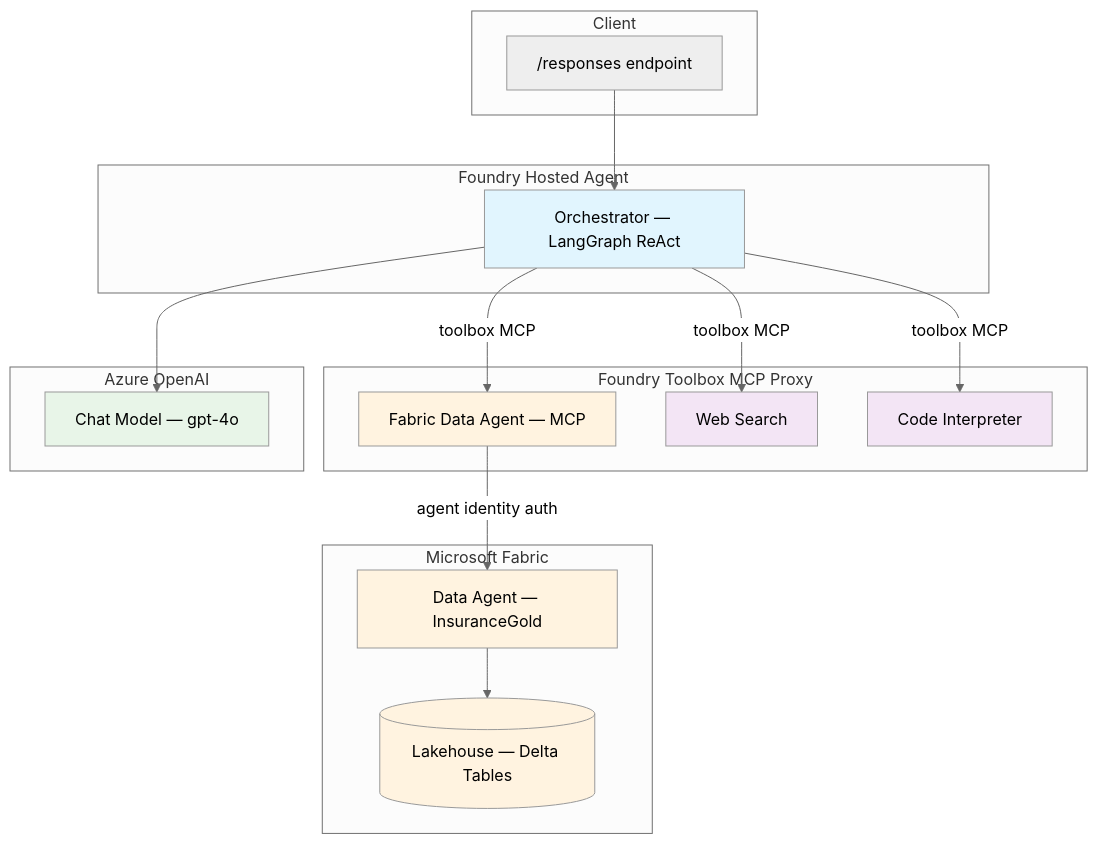
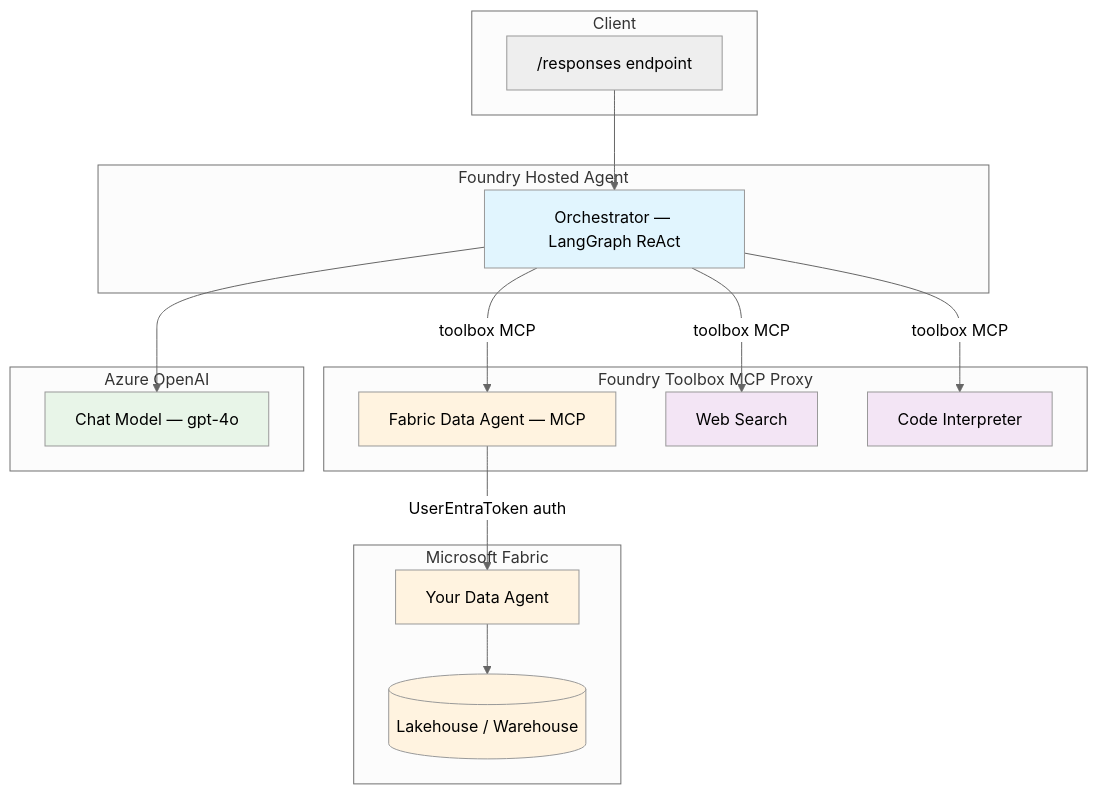
One commit to Ritaja/foundry-langgraph-toolbox changed the diagram in README.md. Above: the diagram before and after it, drawn with Mermaid (neutral theme). The commit also changed other lines of this file, not shown here.

First line of the commit message:
Make README generic: template for any Fabric Data Agent

````diff
--- a/README.md
+++ b/README.md
@@ -17,41 +19,41 @@
 ```mermaid
 graph TB
     subgraph "Client"
         API["/responses endpoint"]
     end
 
     subgraph "Foundry Hosted Agent"
         ORCH[Orchestrator — LangGraph ReAct]
     end
 
     subgraph "Foundry Toolbox MCP Proxy"
         FABRIC[Fabric Data Agent — MCP]
         WEB[Web Search]
         CODE[Code Interpreter]
     end
 
     subgraph "Microsoft Fabric"
-        DA[Data Agent — InsuranceGold]
-        LAKEHOUSE[(Lakehouse — Delta Tables)]
+        DA[Your Data Agent]
+        DATA[(Lakehouse / Warehouse)]
     end
 
     subgraph "Azure OpenAI"
         LLM[Chat Model — gpt-4o]
     end
 
     API --> ORCH
     ORCH -->|toolbox MCP| FABRIC
     ORCH -->|toolbox MCP| WEB
     ORCH -->|toolbox MCP| CODE
-    FABRIC -->|agent identity auth| DA
-    DA --> LAKEHOUSE
+    FABRIC -->|UserEntraToken auth| DA
+    DA --> DATA
     ORCH --> LLM
 
     style ORCH fill:#e1f5fe
     style FABRIC fill:#fff3e0
     style DA fill:#fff3e0
-    style LAKEHOUSE fill:#fff3e0
+    style DATA fill:#fff3e0
     style LLM fill:#e8f5e8
     style WEB fill:#f3e5f5
     style CODE fill:#f3e5f5
 ```
````
